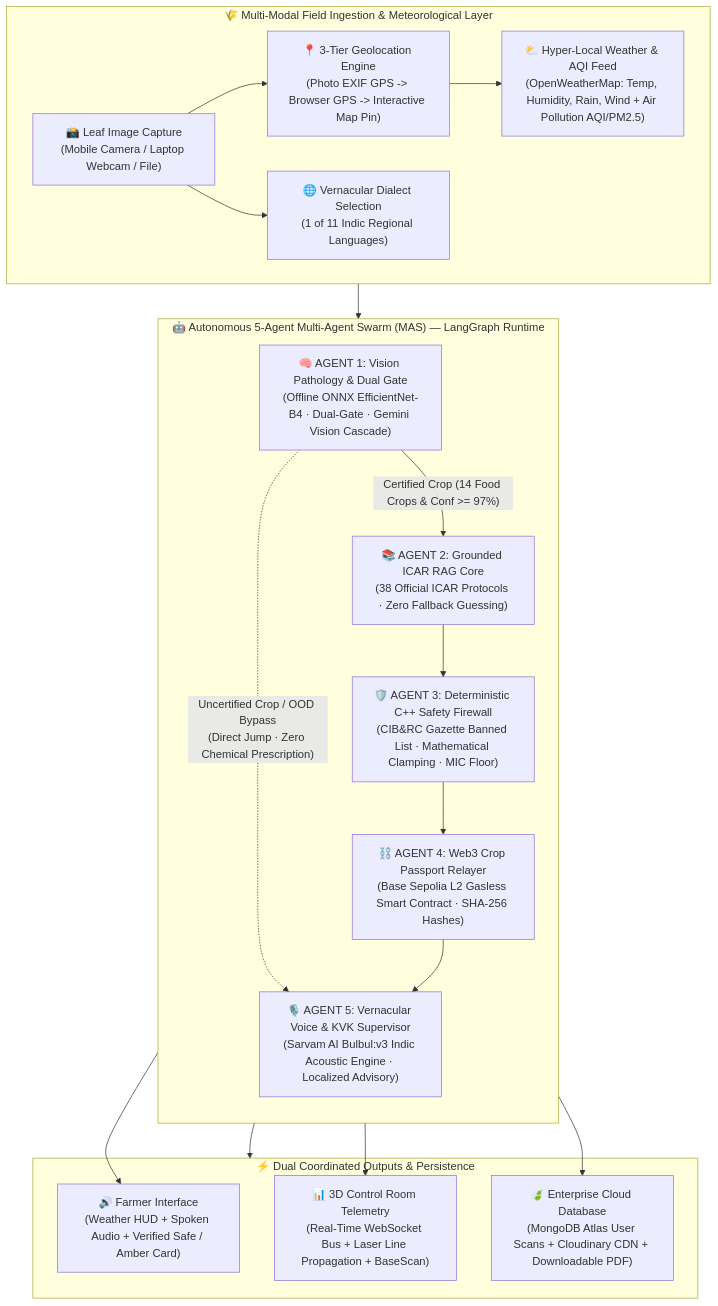
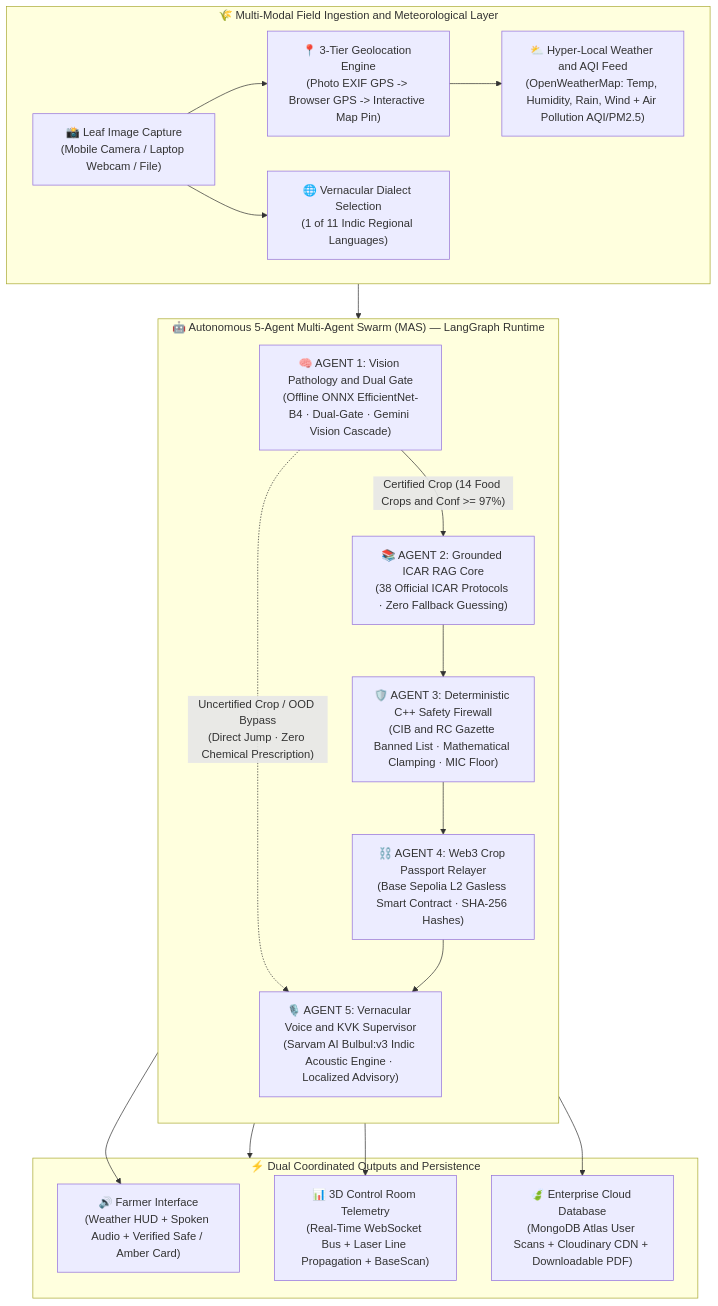
One commit to Player1205/AgriNexus changed the diagram in README.md. Above: the diagram before and after it, drawn with Mermaid. The commit also changed other lines of this file and 2 other files, not shown here.

Commit message:
docs(render): fix GitHub KaTeX math mode and Mermaid sequence syntax errors

````diff
--- a/README.md
+++ b/README.md
@@ -131,30 +131,30 @@
 ```mermaid
 flowchart TD
-    subgraph IN ["🌾 Multi-Modal Field Ingestion & Meteorological Layer"]
+    subgraph IN ["🌾 Multi-Modal Field Ingestion and Meteorological Layer"]
         A["📸 Leaf Image Capture\n(Mobile Camera / Laptop Webcam / File)"] --> B["📍 3-Tier Geolocation Engine\n(Photo EXIF GPS -> Browser GPS -> Interactive Map Pin)"]
-        B --> C["⛅ Hyper-Local Weather & AQI Feed\n(OpenWeatherMap: Temp, Humidity, Rain, Wind + Air Pollution AQI/PM2.5)"]
+        B --> C["⛅ Hyper-Local Weather and AQI Feed\n(OpenWeatherMap: Temp, Humidity, Rain, Wind + Air Pollution AQI/PM2.5)"]
         A --> D["🌐 Vernacular Dialect Selection\n(1 of 11 Indic Regional Languages)"]
     end
 
     subgraph SWARM ["🤖 Autonomous 5-Agent Multi-Agent Swarm (MAS) — LangGraph Runtime"]
         direction TB
-        E["🧠 AGENT 1: Vision Pathology & Dual Gate\n(Offline ONNX EfficientNet-B4 · Dual-Gate · Gemini Vision Cascade)"]
+        E["🧠 AGENT 1: Vision Pathology and Dual Gate\n(Offline ONNX EfficientNet-B4 · Dual-Gate · Gemini Vision Cascade)"]
         
         %% Conditional Early Exit Routing
-        E -- "Certified Crop (14 Food Crops & Conf >= 97%)" --> F["📚 AGENT 2: Grounded ICAR RAG Core\n(38 Official ICAR Protocols · Zero Fallback Guessing)"]
+        E -- "Certified Crop (14 Food Crops and Conf >= 97%)" --> F["📚 AGENT 2: Grounded ICAR RAG Core\n(38 Official ICAR Protocols · Zero Fallback Guessing)"]
         E -. "Uncertified Crop / OOD Bypass\n(Direct Jump · Zero Chemical Prescription)" .-> I
         
-        F --> G["🛡️ AGENT 3: Deterministic C++ Safety Firewall\n(CIB&RC Gazette Banned List · Mathematical Clamping · MIC Floor)"]
+        F --> G["🛡️ AGENT 3: Deterministic C++ Safety Firewall\n(CIB and RC Gazette Banned List · Mathematical Clamping · MIC Floor)"]
         G --> H["⛓️ AGENT 4: Web3 Crop Passport Relayer\n(Base Sepolia L2 Gasless Smart Contract · SHA-256 Hashes)"]
-        H --> I["🎙️ AGENT 5: Vernacular Voice & KVK Supervisor\n(Sarvam AI Bulbul:v3 Indic Acoustic Engine · Localized Advisory)"]
+        H --> I["🎙️ AGENT 5: Vernacular Voice and KVK Supervisor\n(Sarvam AI Bulbul:v3 Indic Acoustic Engine · Localized Advisory)"]
     end
 
-    subgraph OUT ["⚡ Dual Coordinated Outputs & Persistence"]
+    subgraph OUT ["⚡ Dual Coordinated Outputs and Persistence"]
         I --> J["🔊 Farmer Interface\n(Weather HUD + Spoken Audio + Verified Safe / Amber Card)"]
         H --> K["📊 3D Control Room Telemetry\n(Real-Time WebSocket Bus + Laser Line Propagation + BaseScan)"]
         I --> L["🍃 Enterprise Cloud Database\n(MongoDB Atlas User Scans + Cloudinary CDN + Downloadable PDF)"]
     end
 
     IN --> SWARM
     SWARM --> OUT
 ```
````
